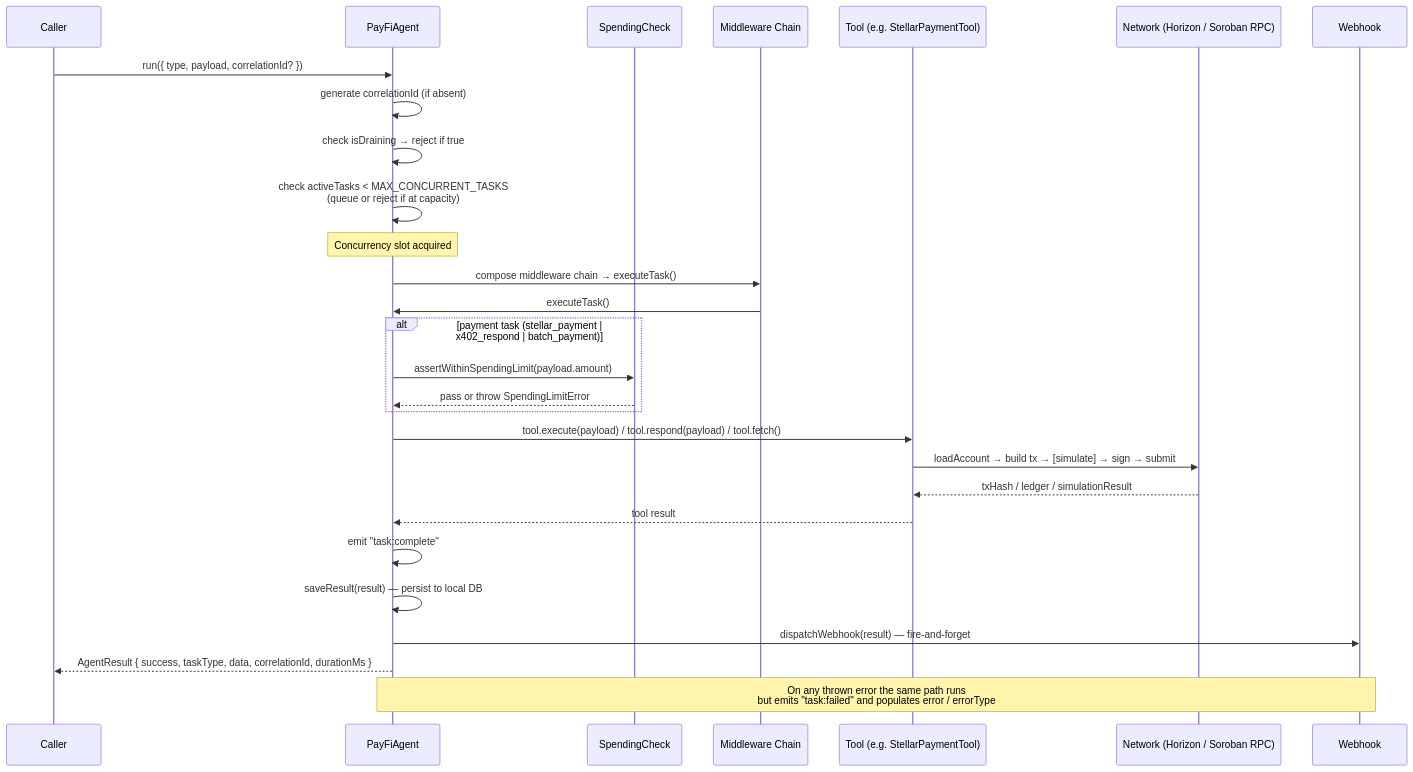
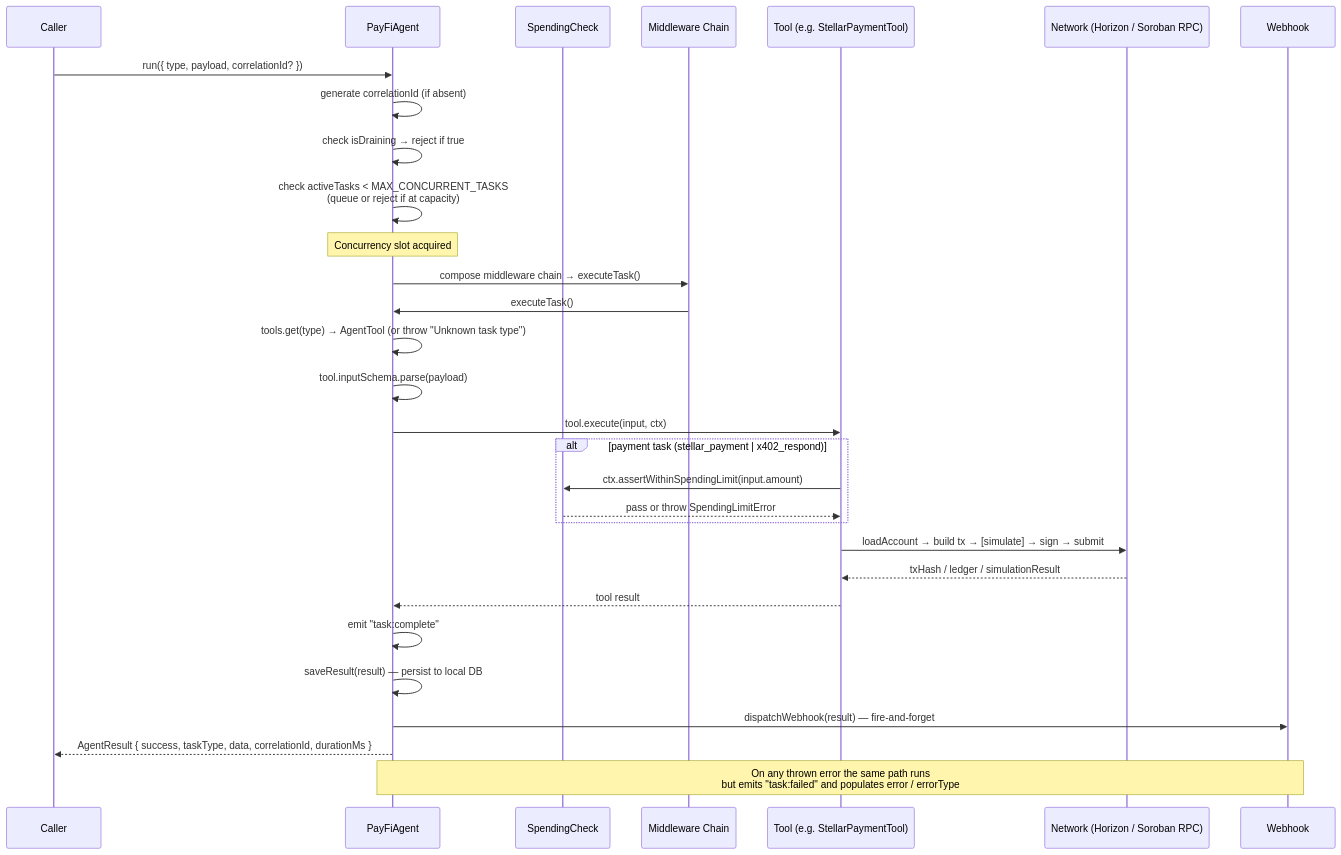
The second of 3 diagrams in ARCHITECTURE.md (Abd-Standard/Nodal-AI), drawn with Mermaid before and after one commit. The commit also changed other lines of this file and 5 other files, not shown here.

Commit message:
Replace PayFiAgent task switch with a typed tool registry (#746)

````diff
--- a/ARCHITECTURE.md
+++ b/ARCHITECTURE.md
@@ -111,38 +116,41 @@
 ```mermaid
 sequenceDiagram
     participant C as Caller
     participant PA as PayFiAgent
     participant SC as SpendingCheck
     participant MW as Middleware Chain
     participant T as Tool (e.g. StellarPaymentTool)
     participant N as Network (Horizon / Soroban RPC)
     participant WH as Webhook
 
     C->>PA: run({ type, payload, correlationId? })
     PA->>PA: generate correlationId (if absent)
     PA->>PA: check isDraining → reject if true
     PA->>PA: check activeTasks < MAX_CONCURRENT_TASKS<br/>(queue or reject if at capacity)
 
     Note over PA: Concurrency slot acquired
 
     PA->>MW: compose middleware chain → executeTask()
     MW->>PA: executeTask()
 
-    alt payment task (stellar_payment | x402_respond | batch_payment)
-        PA->>SC: assertWithinSpendingLimit(payload.amount)
-        SC-->>PA: pass or throw SpendingLimitError
+    PA->>PA: tools.get(type) → AgentTool (or throw "Unknown task type")
+    PA->>PA: tool.inputSchema.parse(payload)
+    PA->>T: tool.execute(input, ctx)
+
+    alt payment task (stellar_payment | x402_respond)
+        T->>SC: ctx.assertWithinSpendingLimit(input.amount)
+        SC-->>T: pass or throw SpendingLimitError
     end
 
-    PA->>T: tool.execute(payload) / tool.respond(payload) / tool.fetch()
     T->>N: loadAccount → build tx → [simulate] → sign → submit
     N-->>T: txHash / ledger / simulationResult
     T-->>PA: tool result
 
     PA->>PA: emit "task:complete"
     PA->>PA: saveResult(result) — persist to local DB
     PA->>WH: dispatchWebhook(result) — fire-and-forget
 
     PA-->>C: AgentResult { success, taskType, data, correlationId, durationMs }
 
     Note over PA,WH: On any thrown error the same path runs<br/>but emits "task:failed" and populates error / errorType
 ```
````
